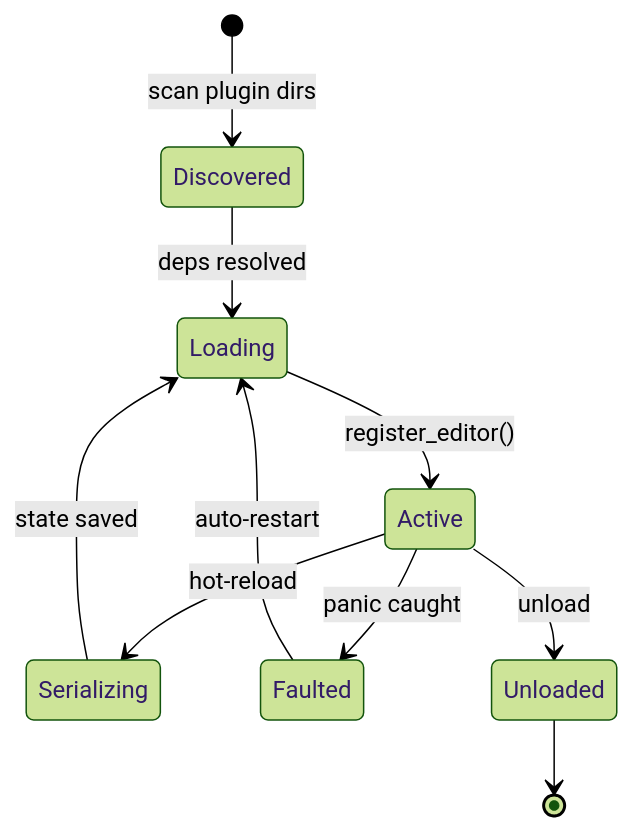
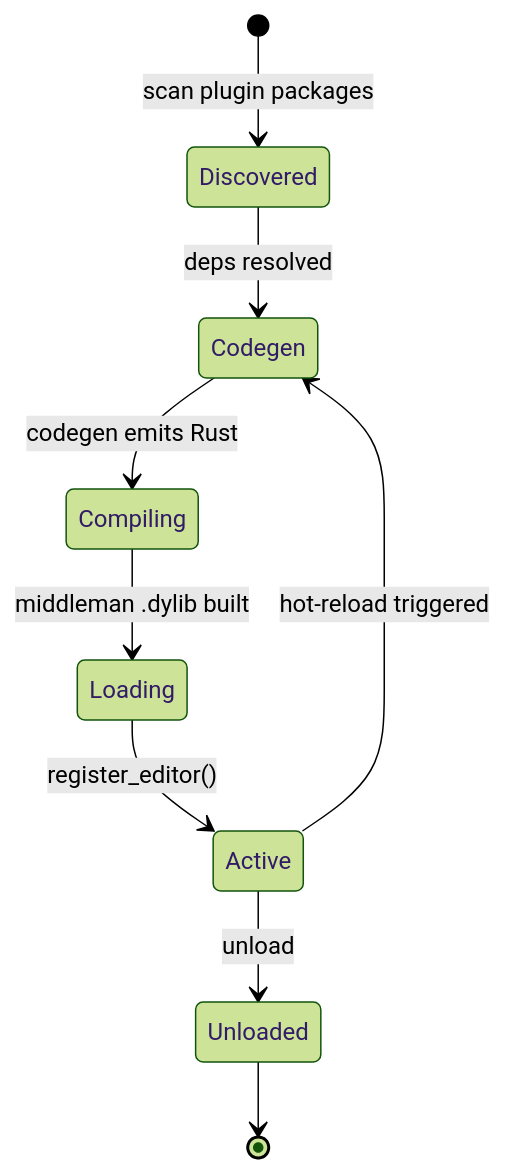
The third of 5 diagrams in docs/design/tools/editor-core.md (harmonius-dev/harmonius), drawn with Mermaid (forest theme) before and after one commit. The commit also changed other lines of this file and 174 other files, not shown here.

````diff
--- a/docs/design/tools/editor-core.md
+++ b/docs/design/tools/editor-core.md
@@ -143,12 +173,11 @@
 ```mermaid
 stateDiagram-v2
-    [*] --> Discovered: scan plugin dirs
-    Discovered --> Loading: deps resolved
+    [*] --> Discovered: scan plugin packages
+    Discovered --> Codegen: deps resolved
+    Codegen --> Compiling: codegen emits Rust
+    Compiling --> Loading: middleman .dylib built
     Loading --> Active: register_editor()
-    Active --> Serializing: hot-reload
-    Serializing --> Loading: state saved
-    Active --> Faulted: panic caught
-    Faulted --> Loading: auto-restart
+    Active --> Codegen: hot-reload triggered
     Active --> Unloaded: unload
     Unloaded --> [*]
 ```
````
